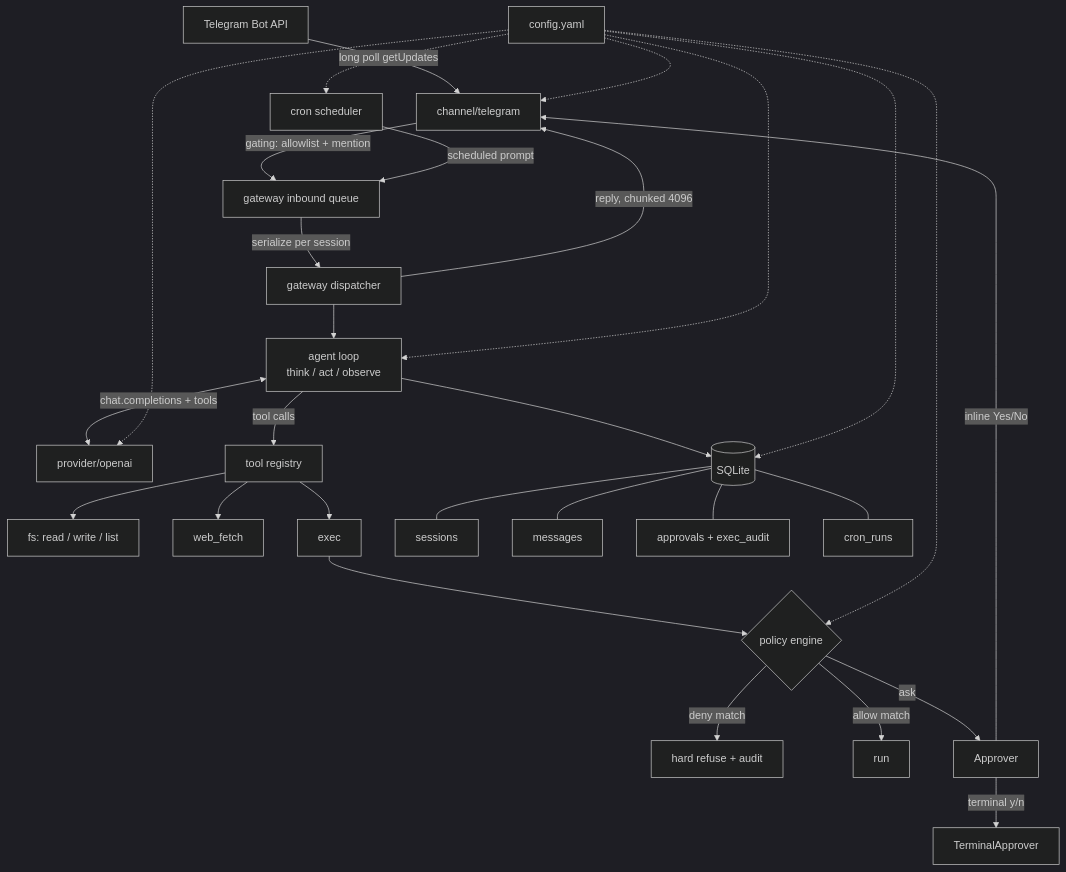
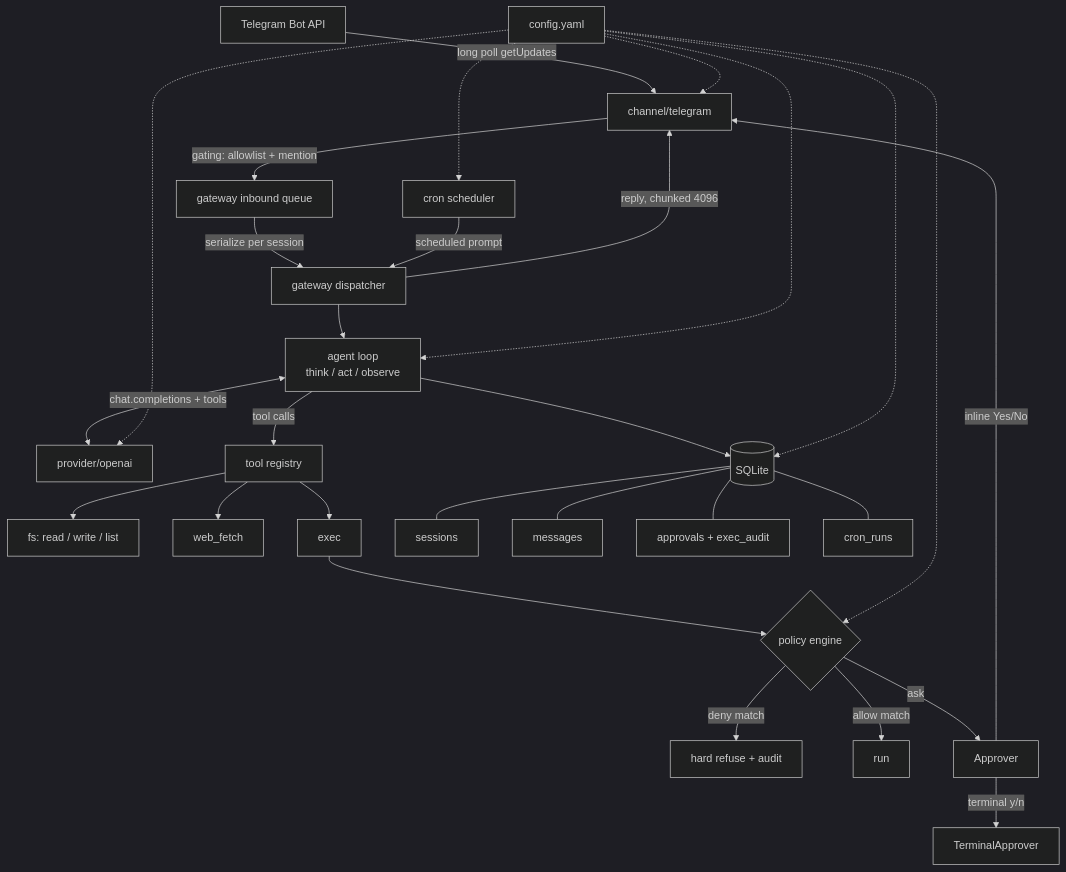
The diagram in docs/architecture.md (tiennm99dev/MTClaw), drawn with Mermaid (dark theme) before and after one commit. The commit also changed other lines of this file and 6 other files, not shown here.

````diff
--- a/docs/architecture.md
+++ b/docs/architecture.md
@@ -10,30 +10,30 @@
 ```mermaid
 flowchart TD
     TG[Telegram Bot API] -->|long poll getUpdates| CH[channel/telegram]
     CH -->|gating: allowlist + mention| Q[gateway inbound queue]
     Q -->|serialize per session| DISP[gateway dispatcher]
-    CRON[cron scheduler] -->|scheduled prompt| Q
+    CRON[cron scheduler] -->|scheduled prompt| DISP
 
     DISP --> LOOP[agent loop<br/>think / act / observe]
     LOOP <-->|chat.completions + tools| PROV[provider/openai]
     LOOP -->|tool calls| REG[tool registry]
 
     REG --> FS[fs: read / write / list]
     REG --> WEB[web_fetch]
     REG --> EXEC[exec]
     EXEC --> POL{policy engine}
     POL -->|deny match| REFUSE[hard refuse + audit]
     POL -->|allow match| RUN[run]
     POL -->|ask| APPR[Approver]
     APPR -->|inline Yes/No| CH
     APPR -->|terminal y/n| TERM[TerminalApprover]
 
     LOOP --> STORE[(SQLite)]
     STORE --- SESS[sessions]
     STORE --- MSGS[messages]
     STORE --- AUD[approvals + exec_audit]
     STORE --- CR[cron_runs]
 
     DISP -->|reply, chunked 4096| CH
     CFG[config.yaml] -.-> CH & LOOP & PROV & POL & CRON & STORE
 ```
````
